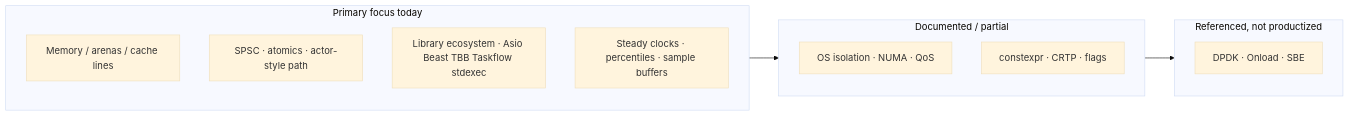
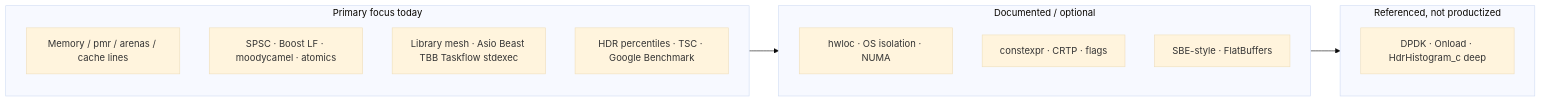
One commit to Dmdv/cpp26-systems-stack changed the diagram in docs/blueprint/README.md. Above: the diagram before and after it, drawn with Mermaid (base theme). The commit also changed other lines of this file and 22 other files, not shown here.

````diff
--- a/docs/blueprint/README.md
+++ b/docs/blueprint/README.md
@@ -23,17 +25,18 @@
 ```mermaid
 flowchart LR
   subgraph Focus["Primary focus today"]
-    L3[Memory / arenas / cache lines]
-    L4[SPSC · atomics · actor-style path]
-    L2a[Library ecosystem · Asio Beast TBB Taskflow stdexec]
-    L6[Steady clocks · percentiles · sample buffers]
+    L3[Memory / pmr / arenas / cache lines]
+    L4[SPSC · Boost LF · moodycamel · atomics]
+    L2a[Library mesh · Asio Beast TBB Taskflow stdexec]
+    L6[HDR percentiles · TSC · Google Benchmark]
   end
-  subgraph Secondary["Documented / partial"]
-    L1[OS isolation · NUMA · QoS]
+  subgraph Secondary["Documented / optional"]
+    L1[hwloc · OS isolation · NUMA]
     L5[constexpr · CRTP · flags]
+    L2s[SBE-style · FlatBuffers]
   end
   subgraph Future["Referenced, not productized"]
-    L2b[DPDK · Onload · SBE]
+    L2b[DPDK · Onload · HdrHistogram_c deep]
   end
   Focus --> Secondary --> Future
 ```
````
